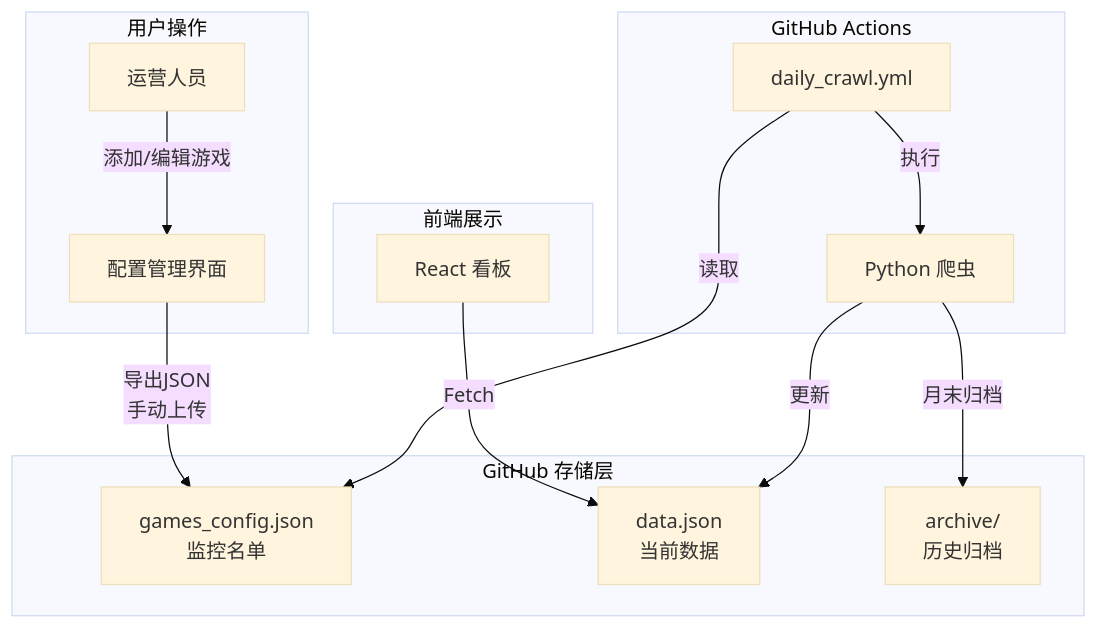
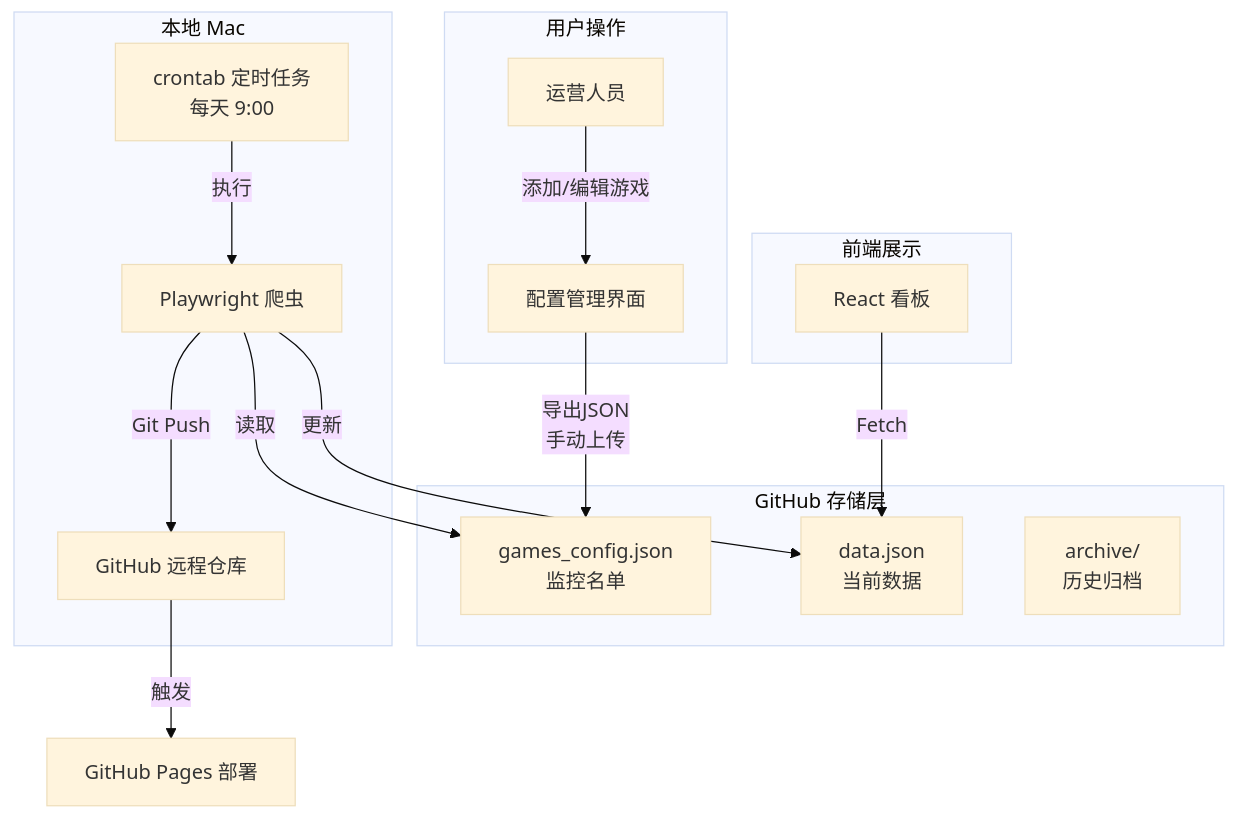
Before and after one commit to turbotang2333/echo_cms: the first of 2 diagrams in Dev_Plan.md, drawn with Mermaid (base theme). The commit also changed other lines of this file and 28 other files, not shown here.

````diff
--- a/Dev_Plan.md
+++ b/Dev_Plan.md
@@ -13,25 +13,26 @@
 ```mermaid
 graph TD
     subgraph "用户操作"
         U1[运营人员] -->|添加/编辑游戏| UI_Config[配置管理界面]
     end
 
     subgraph "GitHub 存储层"
         CFG[games_config.json<br/>监控名单]
         DATA[data.json<br/>当前数据]
         ARCHIVE[archive/<br/>历史归档]
     end
 
-    subgraph "GitHub Actions"
-        A1[daily_crawl.yml] -->|读取| CFG
-        A1 -->|执行| CRAWLER[Python 爬虫]
+    subgraph "本地 Mac"
+        CRON[crontab 定时任务<br/>每天 9:00] -->|执行| CRAWLER[Playwright 爬虫]
+        CRAWLER -->|读取| CFG
         CRAWLER -->|更新| DATA
-        CRAWLER -->|月末归档| ARCHIVE
+        CRAWLER -->|Git Push| GITHUB[GitHub 远程仓库]
     end
 
     subgraph "前端展示"
         WEB[React 看板] -->|Fetch| DATA
     end
 
     UI_Config -->|导出JSON<br/>手动上传| CFG
+    GITHUB -->|触发| DEPLOY[GitHub Pages 部署]
 ```
````
